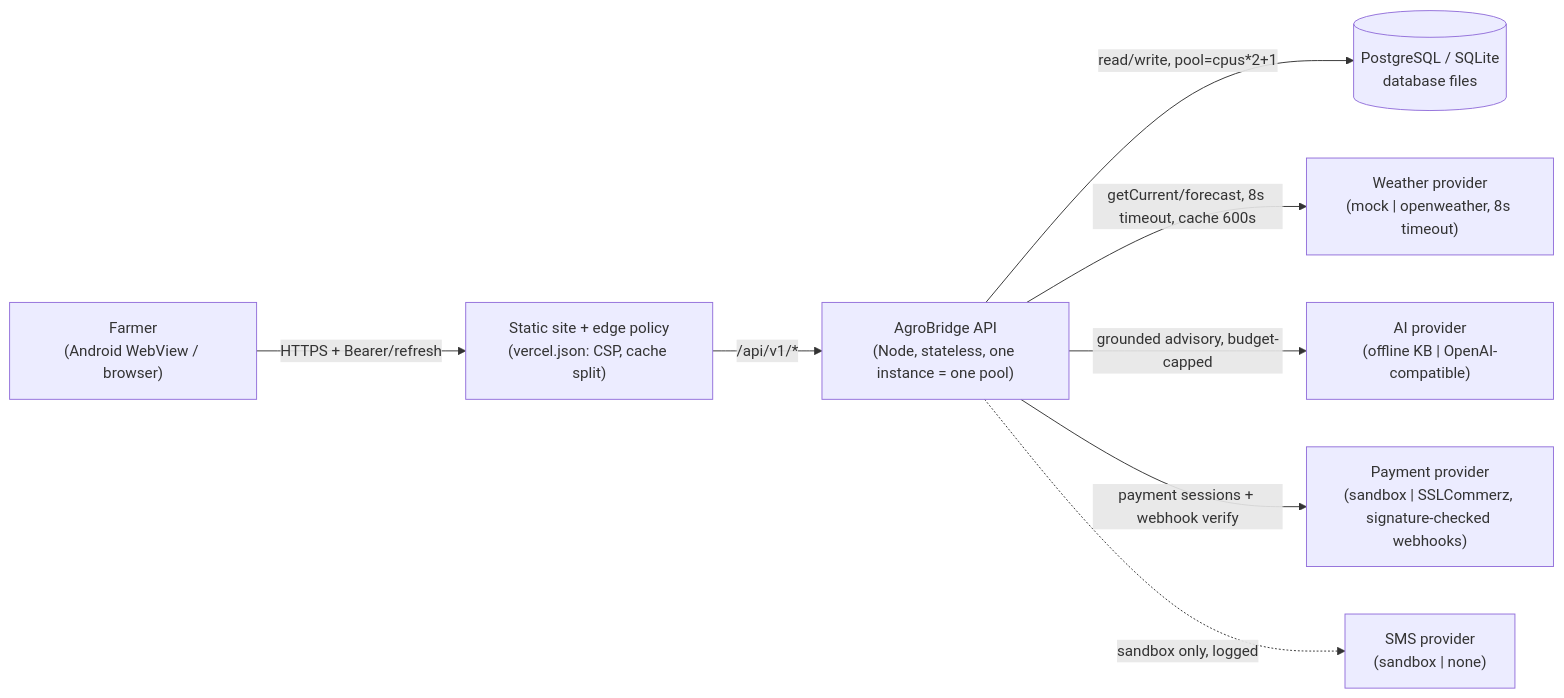
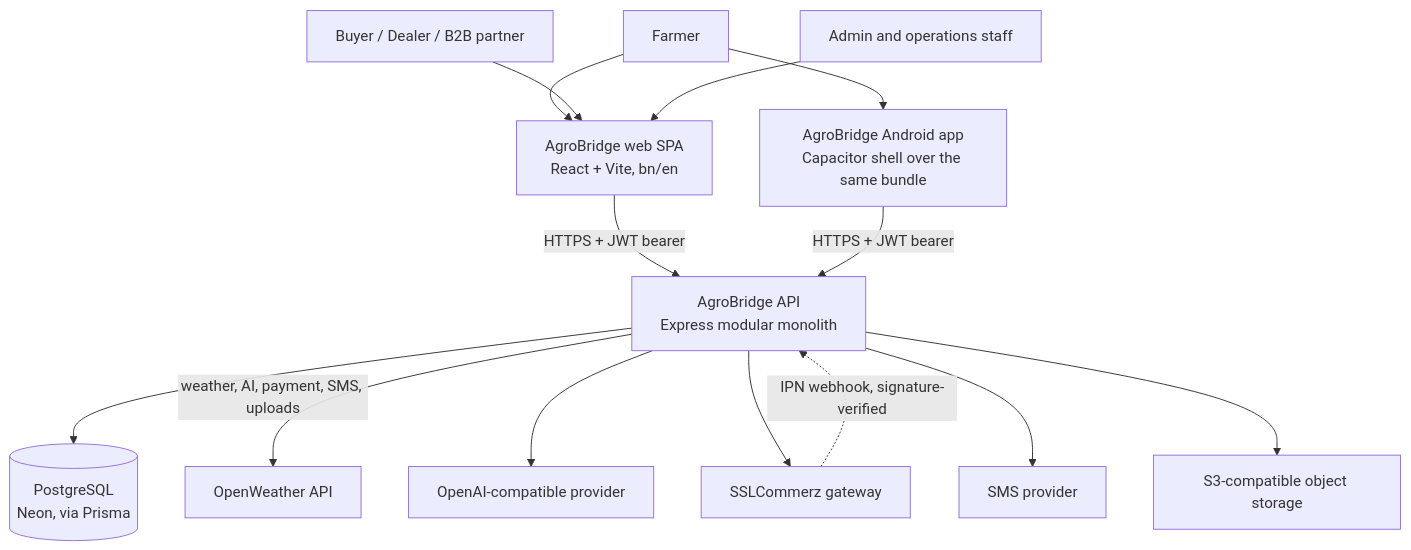
Before and after one commit to tanviruchahs2580/AgroBridge: the first of 9 diagrams in docs/architecture.md, drawn with Mermaid. The commit also changed other lines of this file and 300 other files, not shown here.

````diff
--- a/docs/architecture.md
+++ b/docs/architecture.md
@@ -72,27 +44,28 @@
 ```mermaid
-flowchart LR
-  farmer["Farmer
-(Android WebView / browser)"]
-  edge["Static site + edge policy
-(vercel.json: CSP, cache split)"]
-  api["AgroBridge API
-(Node, stateless, one instance = one pool)"]
-  db[("PostgreSQL / SQLite
-database files")]
-  wx["Weather provider
-(mock | openweather, 8s timeout)"]
-  ai["AI provider
-(offline KB | OpenAI-compatible)"]
-  pay["Payment provider
-(sandbox | SSLCommerz, signature-checked webhooks)"]
-  sms["SMS provider
-(sandbox | none)"]
-
-  farmer -->|"HTTPS + Bearer/refresh"| edge
-  edge -->|"/api/v1/*"| api
-  api -->|read/write, pool=cpus*2+1| db
-  api -->|getCurrent/forecast, 8s timeout, cache 600s| wx
-  api -->|grounded advisory, budget-capped| ai
-  api -->|payment sessions + webhook verify| pay
-  api -.->|sandbox only, logged| sms
+flowchart TB
+  farmer["Farmer"]
+  buyer["Buyer / Dealer / B2B partner"]
+  admin["Admin and operations staff"]
+  web["AgroBridge web SPA<br/>React + Vite, bn/en"]
+  android["AgroBridge Android app<br/>Capacitor shell over the same bundle"]
+  api["AgroBridge API<br/>Express modular monolith"]
+  pg[("PostgreSQL<br/>Neon, via Prisma")]
+  weather["OpenWeather API"]
+  ai["OpenAI-compatible provider"]
+  pay["SSLCommerz gateway"]
+  sms["SMS provider"]
+  store["S3-compatible object storage"]
+  farmer --> web
+  farmer --> android
+  buyer --> web
+  admin --> web
+  web -->|"HTTPS + JWT bearer"| api
+  android -->|"HTTPS + JWT bearer"| api
+  api --> pg
+  api -->|"weather, AI, payment, SMS, uploads"| weather
+  api --> ai
+  api --> pay
+  api --> sms
+  api --> store
+  pay -.->|"IPN webhook, signature-verified"| api
 ```
````
